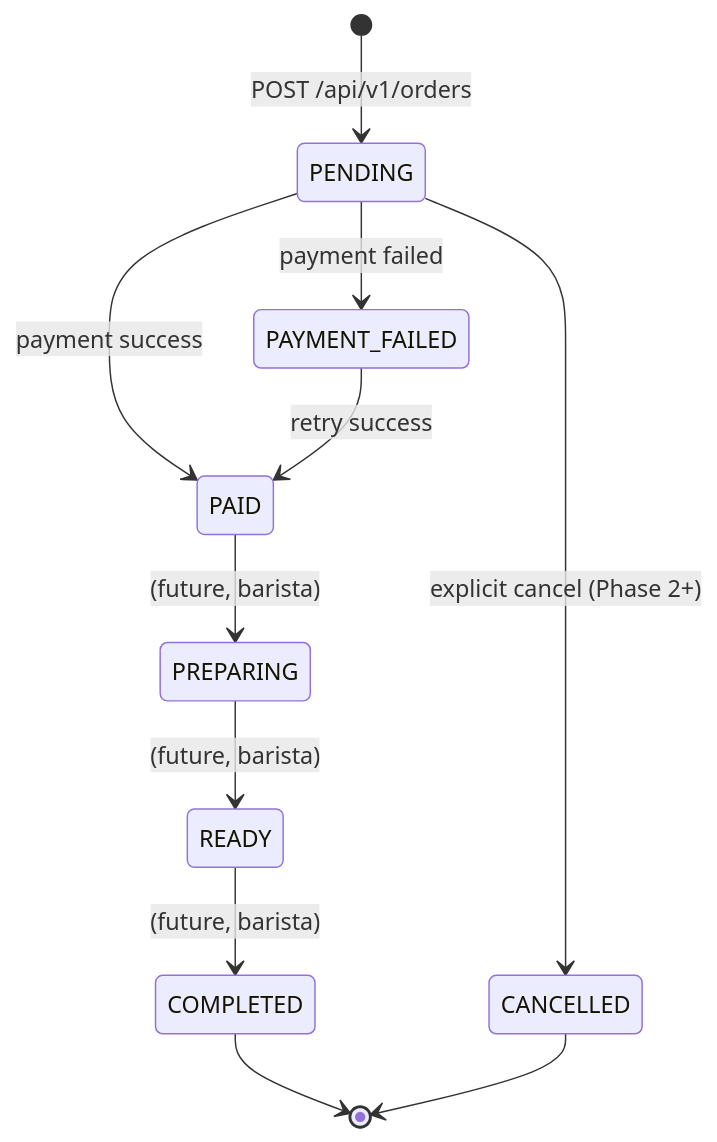
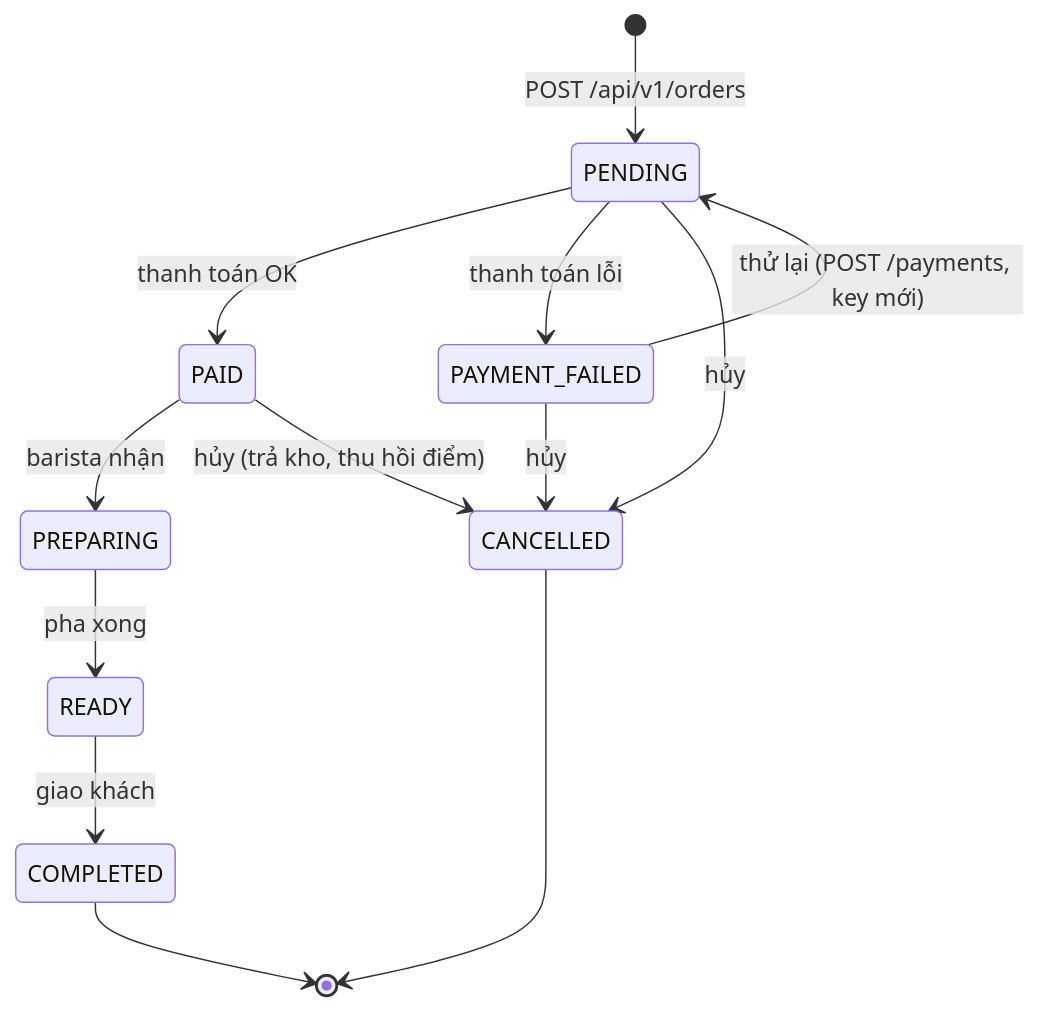
Before and after one commit to Nghiaphan123/BrewLite_Cof: the diagram in docs/diagrams/flows/flow-order-state-v1.mmd, drawn with Mermaid. The commit also changed 5 other files, not shown here.

Commit message:
docs: match order state machine docs to spec 9.1

```diff
--- a/docs/diagrams/flows/flow-order-state-v1.mmd
+++ b/docs/diagrams/flows/flow-order-state-v1.mmd
@@ -1,24 +1,27 @@
 %% --- flow-order-state-v1 ---
-%% Source: ADR 0004 D1, D5, D6; PDF §9.1
+%% Source: PDF §9.1 (Order State Machine); ADR 0004 D1, D5, D6, "Manual transitions"
 %% Owner: H.Tài (Task 4.0 / Task 44.0)
-%% Status: Accepted 2026-10-22
+%% Status: Accepted 2026-10-22; amended 2026-11-08 to match the PDF diagram
 %% Related: scenarios.md S-ORD-5, S-CANCEL-1; api-contract.md §9
 %% .
 %% Covers: legal transitions; invalid transitions rejected by
 %% assertTransition (throws; API returns 409 INVALID_STATE_TRANSITION).
 %% COMPLETED and CANCELLED are terminal.
-%% PAYMENT_FAILED -> PAID is the retry edge (ADR 0004 D5).
-%% PREPARING/READY/COMPLETED edges are reserved for a future barista
-%% UI; not exercised in Phase 1.
+%% PAYMENT_FAILED -> PENDING is the retry edge ("thử lại"); the next attempt
+%% then goes PENDING -> PAID or PENDING -> PAYMENT_FAILED again.
+%% Edges into PENDING, PAID and PAYMENT_FAILED are taken only by POST /payments;
+%% staff (admin page) take PREPARING/READY/COMPLETED and the cancel edges.
 
 stateDiagram-v2
     [*] --> PENDING : POST /api/v1/orders
-    PENDING --> PAID : payment success
-    PENDING --> PAYMENT_FAILED : payment failed
-    PAYMENT_FAILED --> PAID : retry success
-    PAID --> PREPARING : (future, barista)
-    PREPARING --> READY : (future, barista)
-    READY --> COMPLETED : (future, barista)
-    PENDING --> CANCELLED : explicit cancel (Phase 2+)
+    PENDING --> PAID : thanh toán OK
+    PENDING --> PAYMENT_FAILED : thanh toán lỗi
+    PAYMENT_FAILED --> PENDING : thử lại (POST /payments, key mới)
+    PAID --> PREPARING : barista nhận
+    PREPARING --> READY : pha xong
+    READY --> COMPLETED : giao khách
+    PENDING --> CANCELLED : hủy
+    PAYMENT_FAILED --> CANCELLED : hủy
+    PAID --> CANCELLED : hủy (trả kho, thu hồi điểm)
     COMPLETED --> [*]
     CANCELLED --> [*]
```
